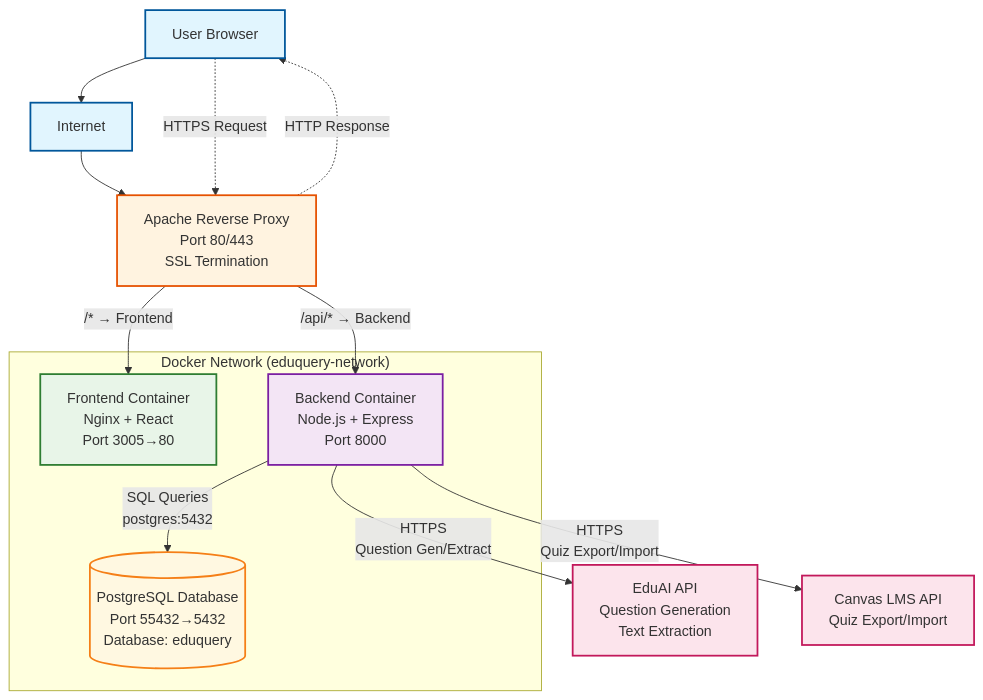
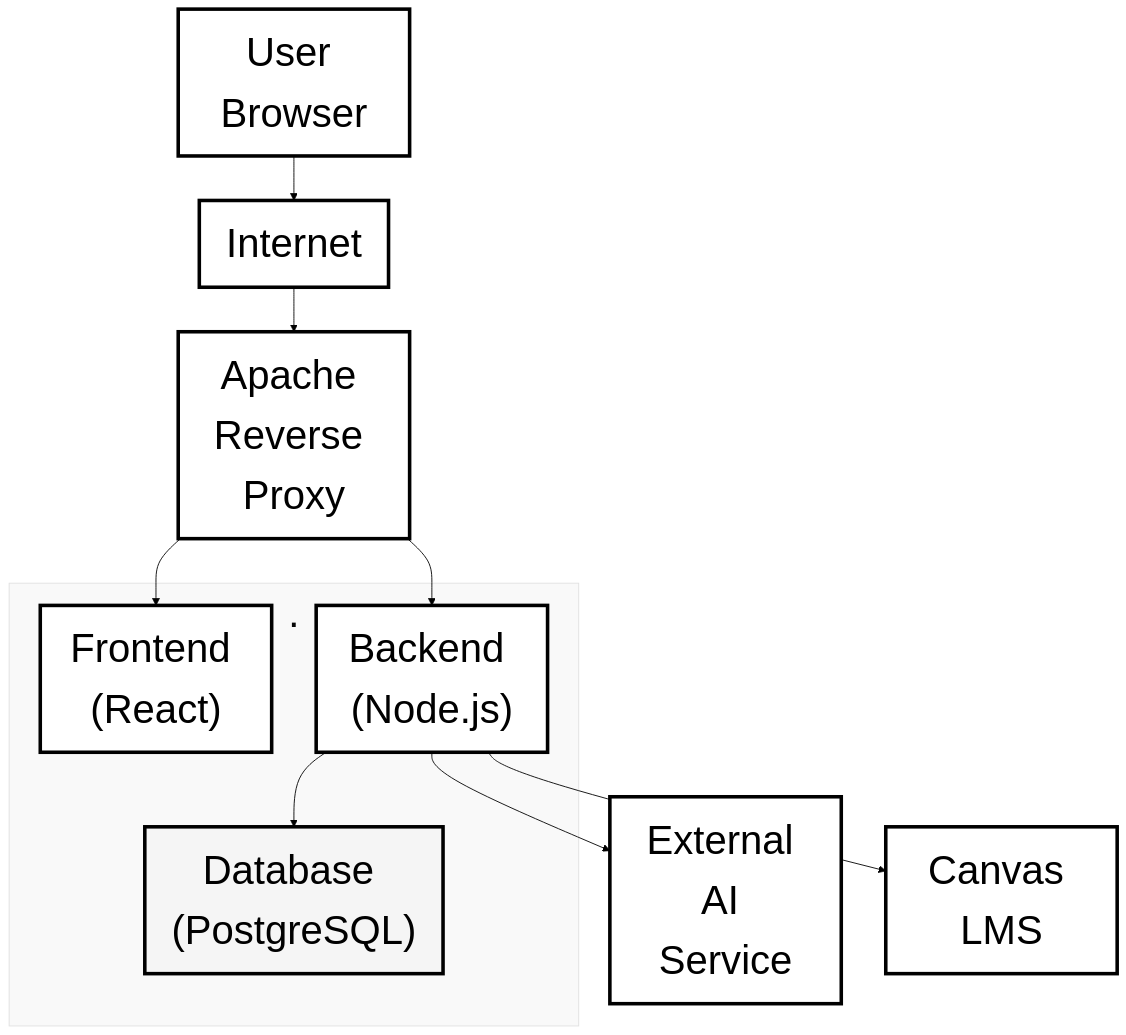
One commit to EduAI-Lab/Question-Maker changed the diagram in docs/diagrams/architecture.md. Above: the diagram before and after it, drawn with Mermaid. The commit also changed 2 other files, not shown here.

````diff
--- a/docs/diagrams/architecture.md
+++ b/docs/diagrams/architecture.md
@@ -1,59 +1,48 @@
 ```mermaid
+%%{init: {'theme':'base', 'themeVariables': {'fontSize':'45px', 'primaryColor':'#000000', 'primaryTextColor':'#ffffff', 'primaryBorderColor':'#000000', 'lineColor':'#000000', 'secondaryColor':'#ffffff', 'tertiaryColor':'#f9f9f9'}}}%%
 graph TB
     %% External Layer
     User[User Browser]
     Internet[Internet]
     
     %% Apache Reverse Proxy
-    Apache[Apache Reverse Proxy<br/>Port 80/443<br/>SSL Termination]
+    Apache[Apache Reverse Proxy]
     
     %% Docker Network
-    subgraph Docker["Docker Network (eduquery-network)"]
+    subgraph .
         %% Frontend Container
-        Frontend[Frontend Container<br/>Nginx + React<br/>Port 3005→80]
+        Frontend["Frontend (React)"]
         
         %% Backend Container
-        Backend[Backend Container<br/>Node.js + Express<br/>Port 8000]
+        Backend["Backend (Node.js)"]
         
         %% Database Container
-        Database[(PostgreSQL Database<br/>Port 55432→5432<br/>Database: eduquery)]
+        Database["Database (PostgreSQL)"]
     end
     
     %% External Services
-    EduAI[EduAI API<br/>Question Generation<br/>Text Extraction]
-    Canvas[Canvas LMS API<br/>Quiz Export/Import]
+    EduAI[External AI Service]
+    Canvas[Canvas LMS]
     
     %% Request Flow
     User --> Internet
     Internet --> Apache
     
     %% Apache Routing
-    Apache -->|"/api/* → Backend"| Backend
-    Apache -->|"/* → Frontend"| Frontend
+    Apache --> Backend
+    Apache --> Frontend
     
     %% Internal Communication
-    Backend -->|"SQL Queries<br/>postgres:5432"| Database
+    Backend --> Database
     
     %% External API Calls
-    Backend -->|"HTTPS<br/>Question Gen/Extract"| EduAI
-    Backend -->|"HTTPS<br/>Quiz Export/Import"| Canvas
+    Backend --> EduAI
+    Backend --> Canvas
     
-    %% Data Flow Labels
-    User -.->|"HTTPS Request"| Apache
-    Apache -.->|"HTTP Response"| User
+    %% Styling - Black/White only with thick lines
+    classDef default fill:#ffffff,stroke:#000000,stroke-width:4px,color:#000000
+    classDef database fill:#f5f5f5,stroke:#000000,stroke-width:4px,color:#000000
     
-    %% Styling
-    classDef external fill:#e1f5fe,stroke:#01579b,stroke-width:2px
-    classDef proxy fill:#fff3e0,stroke:#e65100,stroke-width:2px
-    classDef frontend fill:#e8f5e8,stroke:#2e7d32,stroke-width:2px
-    classDef backend fill:#f3e5f5,stroke:#7b1fa2,stroke-width:2px
-    classDef database fill:#fff8e1,stroke:#f57f17,stroke-width:2px
-    classDef extapi fill:#fce4ec,stroke:#c2185b,stroke-width:2px
-    
-    class User,Internet external
-    class Apache proxy
-    class Frontend frontend
-    class Backend backend
+    class User,Internet,Apache,Frontend,Backend,EduAI,Canvas default
     class Database database
-    class EduAI,Canvas extapi
 ```
````
